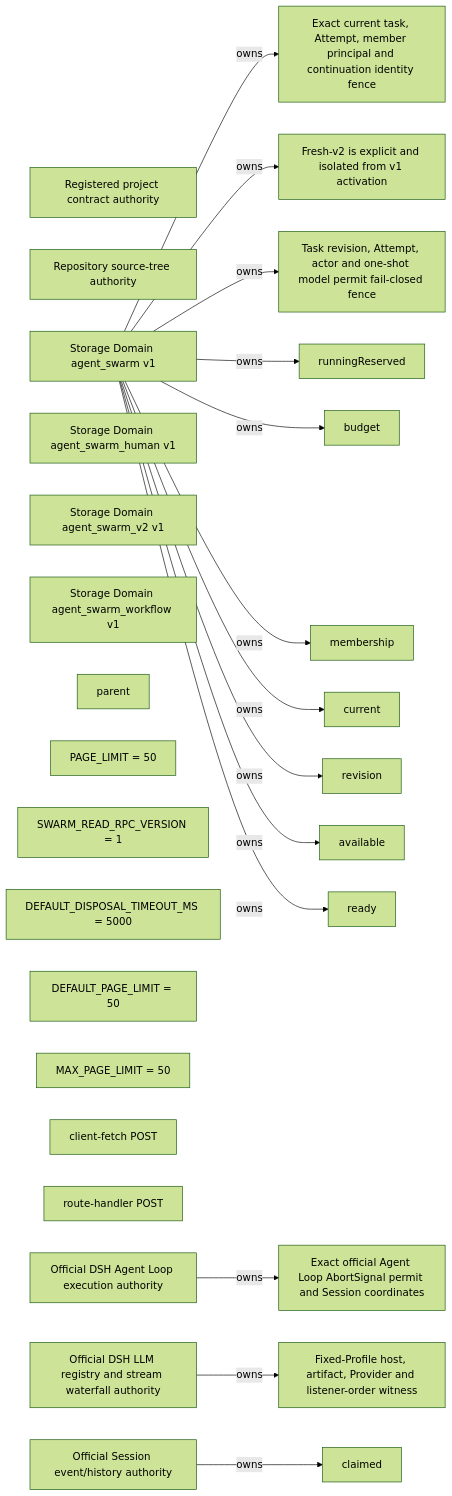
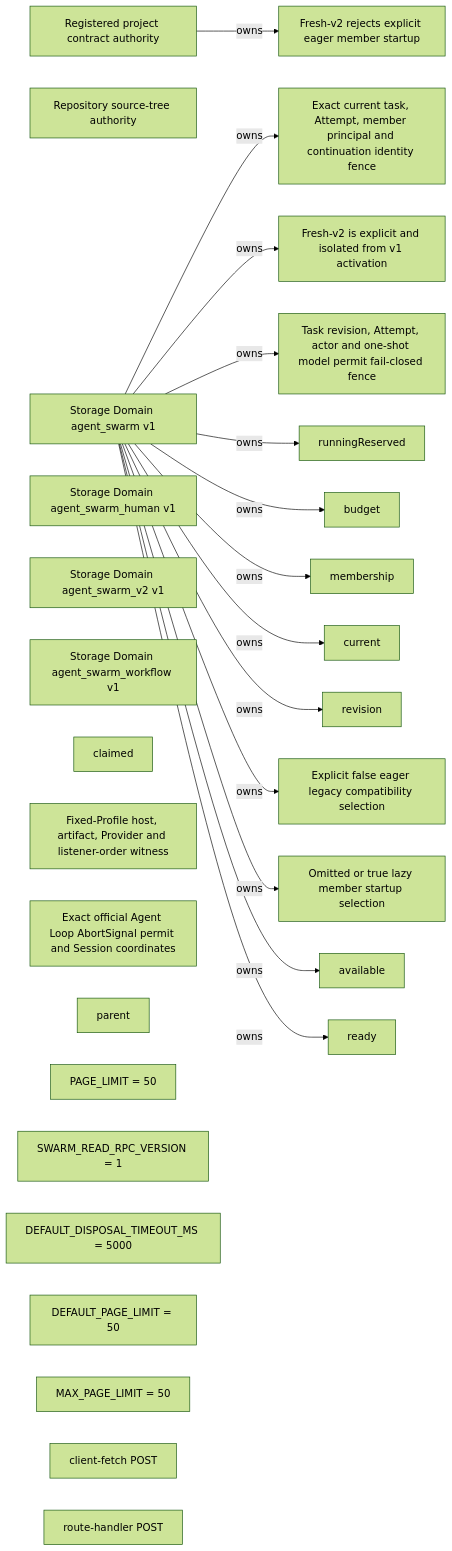
One commit to leinasi2014/dsh-agent-swarm changed the sixth of 6 diagrams in docs/generated/knowledge-graph/redlines.md. Above: the diagram before and after it, drawn with Mermaid (forest theme). The commit also changed other lines of this file and 13 other files, not shown here.

Commit message:
docs(kg): model member startup policy evidence

````diff
--- a/docs/generated/knowledge-graph/redlines.md
+++ b/docs/generated/knowledge-graph/redlines.md
@@ -114,46 +114,46 @@
 ```mermaid
 flowchart LR
   n_617574686f726974793a70726f6a6563742d636f6e747261637473["Registered project contract authority"]
   n_617574686f726974793a736f757263652d74726565["Repository source-tree authority"]
   n_646f6d61696e3a6167656e742d737761726d["Storage Domain agent_swarm v1"]
   n_646f6d61696e3a6167656e742d737761726d2d68756d616e["Storage Domain agent_swarm_human v1"]
   n_646f6d61696e3a6167656e742d737761726d2d7632["Storage Domain agent_swarm_v2 v1"]
   n_646f6d61696e3a6167656e742d737761726d2d776f726b666c6f77["Storage Domain agent_swarm_workflow v1"]
   n_67756172643a617474656d70742d72756e6e696e672d7265736572766564["runningReserved"]
   n_67756172643a6275646765742d7265736572766174696f6e2d61646d69737369626c65["budget"]
   n_67756172643a6361707461696e2d6f722d73656c662d6d656d62657273686970["membership"]
   n_67756172643a636c61696d65642d6672616d652d6f6e6c792d61636b6e6f776c656467656d656e74["claimed"]
   n_67756172643a65786163742d63757272656e742d617474656d7074["current"]
   n_67756172643a65786163742d7461736b2d7265766973696f6e["revision"]
   n_67756172643a66726573682d76322d636f6e74696e756174696f6e2d65786163742d617474656d7074["Exact current task, Attempt, member principal and continuation identity fence"]
   n_67756172643a66726573682d76322d6578706572696d656e74616c2d61637469766174696f6e["Fresh-v2 is explicit and isolated from v1 activation"]
   n_67756172643a66726573682d76322d66697865642d70726f66696c652d7769746e6573732d6361706162696c697479["Fixed-Profile host, artifact, Provider and listener-order witness"]
   n_67756172643a66726573682d76322d6f6666696369616c2d6167656e742d6c6f6f702d72657175657374["Exact official Agent Loop AbortSignal permit and Session coordinates"]
+  n_67756172643a66726573682d76322d72656a6563742d65616765722d6d656d6265722d7374617274["Fresh-v2 rejects explicit eager member startup"]
   n_67756172643a66726573682d76322d7465726d696e616c2d636f6e74726f6c2d77696e73["Task revision, Attempt, actor and one-shot model permit fail-closed fence"]
+  n_67756172643a6c65676163792d6d656d6265722d73746172742d65616765722d6f70742d6f7574["Explicit false eager legacy compatibility selection"]
+  n_67756172643a6c65676163792d6d656d6265722d73746172742d6c617a792d64656661756c74["Omitted or true lazy member startup selection"]
   n_67756172643a6d656d6265722d6861732d6e6f2d6f70656e2d776f726b["available"]
   n_67756172643a6f6666696369616c2d6c6976652d6469726563742d706172656e742d61646d697373696f6e["parent"]
   n_67756172643a7270632d626f756e642f7372632f636c69656e742f7465616d2d64617368626f6172642d636f6e74726f6c6c65722e74732f706167655f6c696d6974["PAGE_LIMIT = 50"]
   n_67756172643a7270632d626f756e642f7372632f7270632f726561642d7270632d636f6e74726163742e74732f737761726d5f726561645f7270635f76657273696f6e["SWARM_READ_RPC_VERSION = 1"]
   n_67756172643a7270632d626f756e642f7372632f7270632f726561642d7270632d736572766963652e74732f64656661756c745f646973706f73616c5f74696d656f75745f6d73["DEFAULT_DISPOSAL_TIMEOUT_MS = 5000"]
   n_67756172643a7270632d626f756e642f7372632f7270632f726561642d7270632d736572766963652e74732f64656661756c745f706167655f6c696d6974["DEFAULT_PAGE_LIMIT = 50"]
   n_67756172643a7270632d626f756e642f7372632f7270632f726561642d7270632d736572766963652e74732f6d61785f706167655f6c696d6974["MAX_PAGE_LIMIT = 50"]
   n_67756172643a7270632d687474702f30312d7372632f636c69656e742f726561642d636c69656e742e7473["client-fetch POST"]
   n_67756172643a7270632d687474702f30322d7372632f7270632f726561642d7270632d736572766963652e7473["route-handler POST"]
   n_67756172643a7461736b2d7265616479["ready"]
-  n_6f6666696369616c2d617574686f726974793a6167656e742d6c6f6f70["Official DSH Agent Loop execution authority"]
-  n_6f6666696369616c2d617574686f726974793a6c6c6d2d72756e74696d65["Official DSH LLM registry and stream waterfall authority"]
-  n_6f6666696369616c2d617574686f726974793a73657373696f6e["Official Session event/history authority"]
   n_646f6d61696e3a6167656e742d737761726d -->|owns| n_67756172643a66726573682d76322d636f6e74696e756174696f6e2d65786163742d617474656d7074
   n_646f6d61696e3a6167656e742d737761726d -->|owns| n_67756172643a66726573682d76322d6578706572696d656e74616c2d61637469766174696f6e
   n_646f6d61696e3a6167656e742d737761726d -->|owns| n_67756172643a66726573682d76322d7465726d696e616c2d636f6e74726f6c2d77696e73
-  n_6f6666696369616c2d617574686f726974793a6c6c6d2d72756e74696d65 -->|owns| n_67756172643a66726573682d76322d66697865642d70726f66696c652d7769746e6573732d6361706162696c697479
-  n_6f6666696369616c2d617574686f726974793a6167656e742d6c6f6f70 -->|owns| n_67756172643a66726573682d76322d6f6666696369616c2d6167656e742d6c6f6f702d72657175657374
   n_646f6d61696e3a6167656e742d737761726d -->|owns| n_67756172643a617474656d70742d72756e6e696e672d7265736572766564
   n_646f6d61696e3a6167656e742d737761726d -->|owns| n_67756172643a6275646765742d7265736572766174696f6e2d61646d69737369626c65
   n_646f6d61696e3a6167656e742d737761726d -->|owns| n_67756172643a6361707461696e2d6f722d73656c662d6d656d62657273686970
-  n_6f6666696369616c2d617574686f726974793a73657373696f6e -->|owns| n_67756172643a636c61696d65642d6672616d652d6f6e6c792d61636b6e6f776c656467656d656e74
   n_646f6d61696e3a6167656e742d737761726d -->|owns| n_67756172643a65786163742d63757272656e742d617474656d7074
   n_646f6d61696e3a6167656e742d737761726d -->|owns| n_67756172643a65786163742d7461736b2d7265766973696f6e
+  n_617574686f726974793a70726f6a6563742d636f6e747261637473 -->|owns| n_67756172643a66726573682d76322d72656a6563742d65616765722d6d656d6265722d7374617274
+  n_646f6d61696e3a6167656e742d737761726d -->|owns| n_67756172643a6c65676163792d6d656d6265722d73746172742d65616765722d6f70742d6f7574
+  n_646f6d61696e3a6167656e742d737761726d -->|owns| n_67756172643a6c65676163792d6d656d6265722d73746172742d6c617a792d64656661756c74
   n_646f6d61696e3a6167656e742d737761726d -->|owns| n_67756172643a6d656d6265722d6861732d6e6f2d6f70656e2d776f726b
   n_646f6d61696e3a6167656e742d737761726d -->|owns| n_67756172643a7461736b2d7265616479
 ```
````
